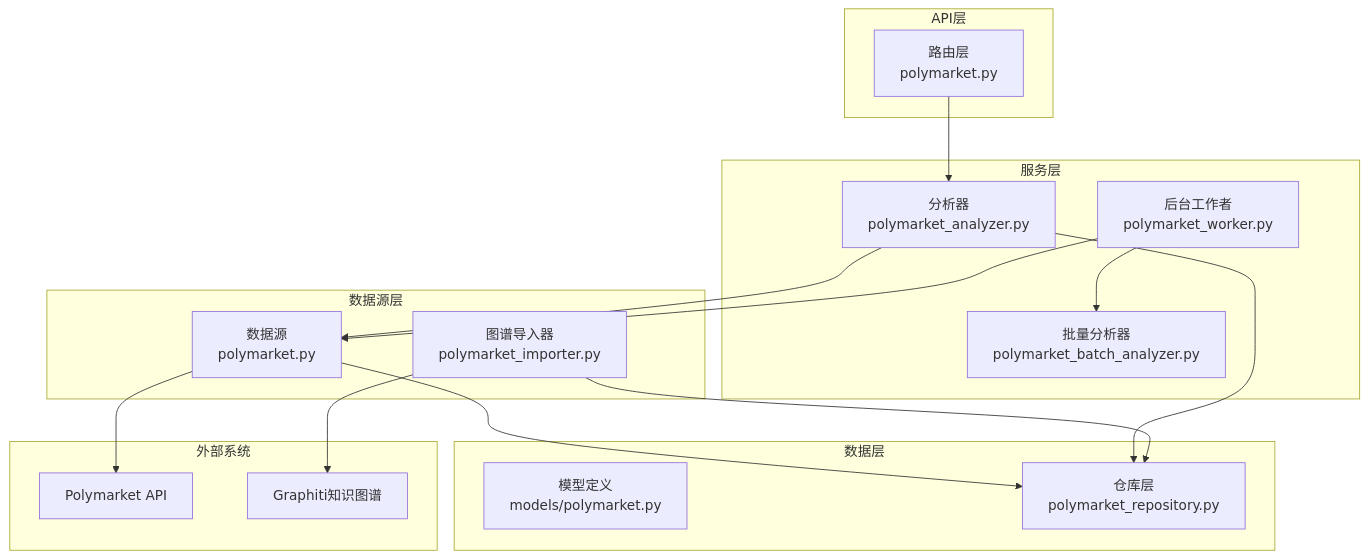
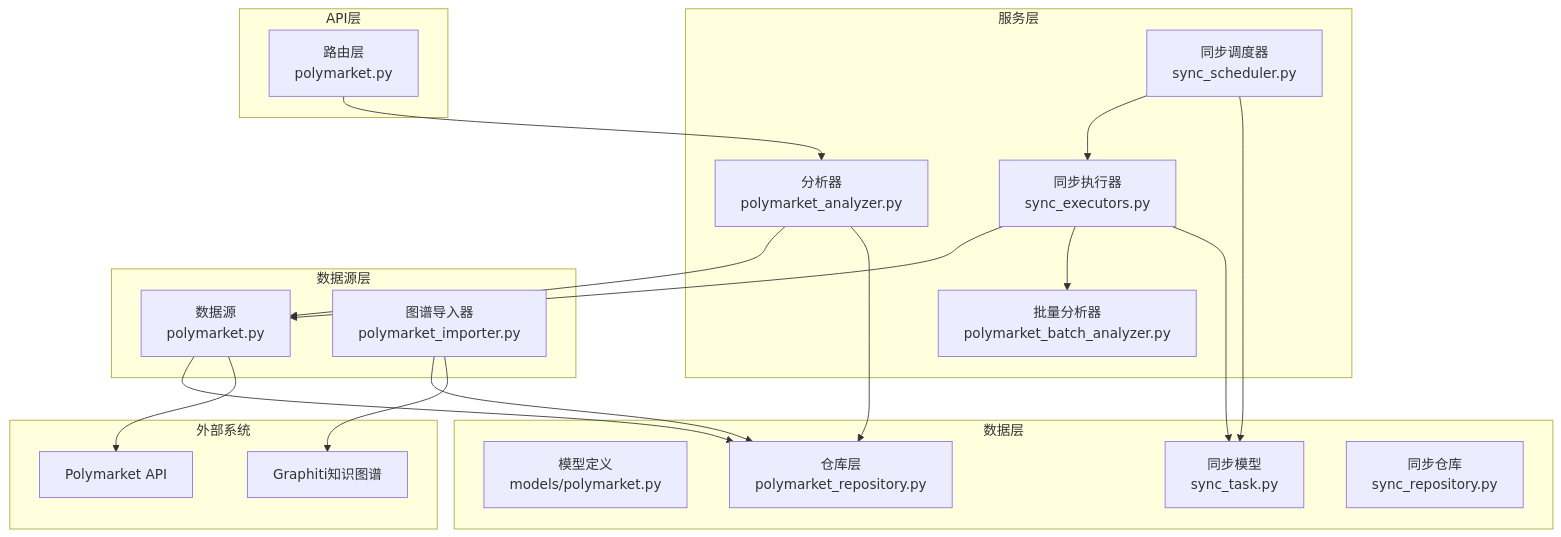
Before and after one commit to joezxh/QuantDinger: the first of 12 diagrams in .qoder/repowiki/zh/content/数据管理系统/数据源适配器/Polymarket预测市场数据集成.md, drawn with Mermaid. The commit also changed other lines of this file and 71 other files, not shown here.

````diff
--- a/.qoder/repowiki/zh/content/数据管理系统/数据源适配器/Polymarket预测市场数据集成.md
+++ b/.qoder/repowiki/zh/content/数据管理系统/数据源适配器/Polymarket预测市场数据集成.md
@@ -38,32 +52,38 @@
 ```mermaid
 graph TB
 subgraph "API层"
 Routes[路由层<br/>polymarket.py]
 end
 subgraph "服务层"
 Analyzer[分析器<br/>polymarket_analyzer.py]
 BatchAnalyzer[批量分析器<br/>polymarket_batch_analyzer.py]
-Worker[后台工作者<br/>polymarket_worker.py]
+SyncScheduler[同步调度器<br/>sync_scheduler.py]
+SyncExecutor[同步执行器<br/>sync_executors.py]
 end
 subgraph "数据源层"
 DataSource[数据源<br/>polymarket.py]
 Importer[图谱导入器<br/>polymarket_importer.py]
 end
 subgraph "数据层"
 Models[模型定义<br/>models/polymarket.py]
 Repository[仓库层<br/>polymarket_repository.py]
+SyncModels[同步模型<br/>sync_task.py]
+SyncRepo[同步仓库<br/>sync_repository.py]
 end
 subgraph "外部系统"
 PolymarketAPI[Polymarket API]
 Graphiti[Graphiti知识图谱]
 end
 Routes --> Analyzer
 Analyzer --> DataSource
-Worker --> DataSource
-Worker --> BatchAnalyzer
+SyncScheduler --> SyncExecutor
+SyncExecutor --> DataSource
+SyncExecutor --> BatchAnalyzer
 DataSource --> Repository
 Analyzer --> Repository
 Importer --> Repository
 DataSource --> PolymarketAPI
 Importer --> Graphiti
+SyncScheduler --> SyncModels
+SyncExecutor --> SyncModels
 ```
````
